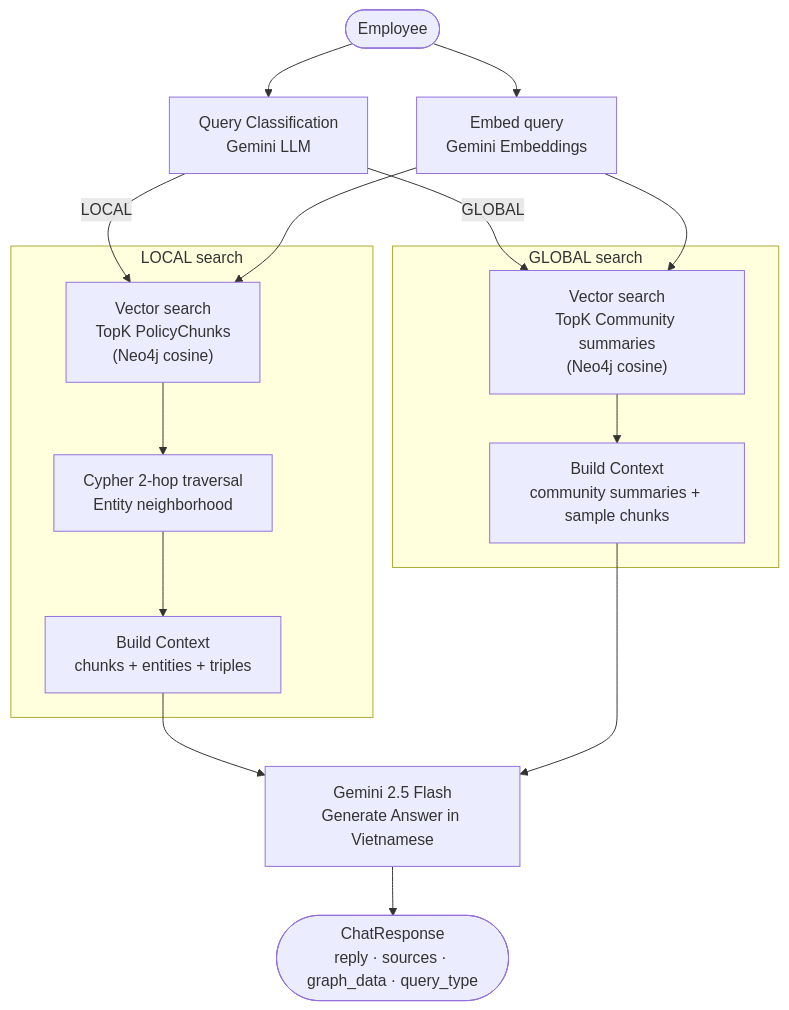
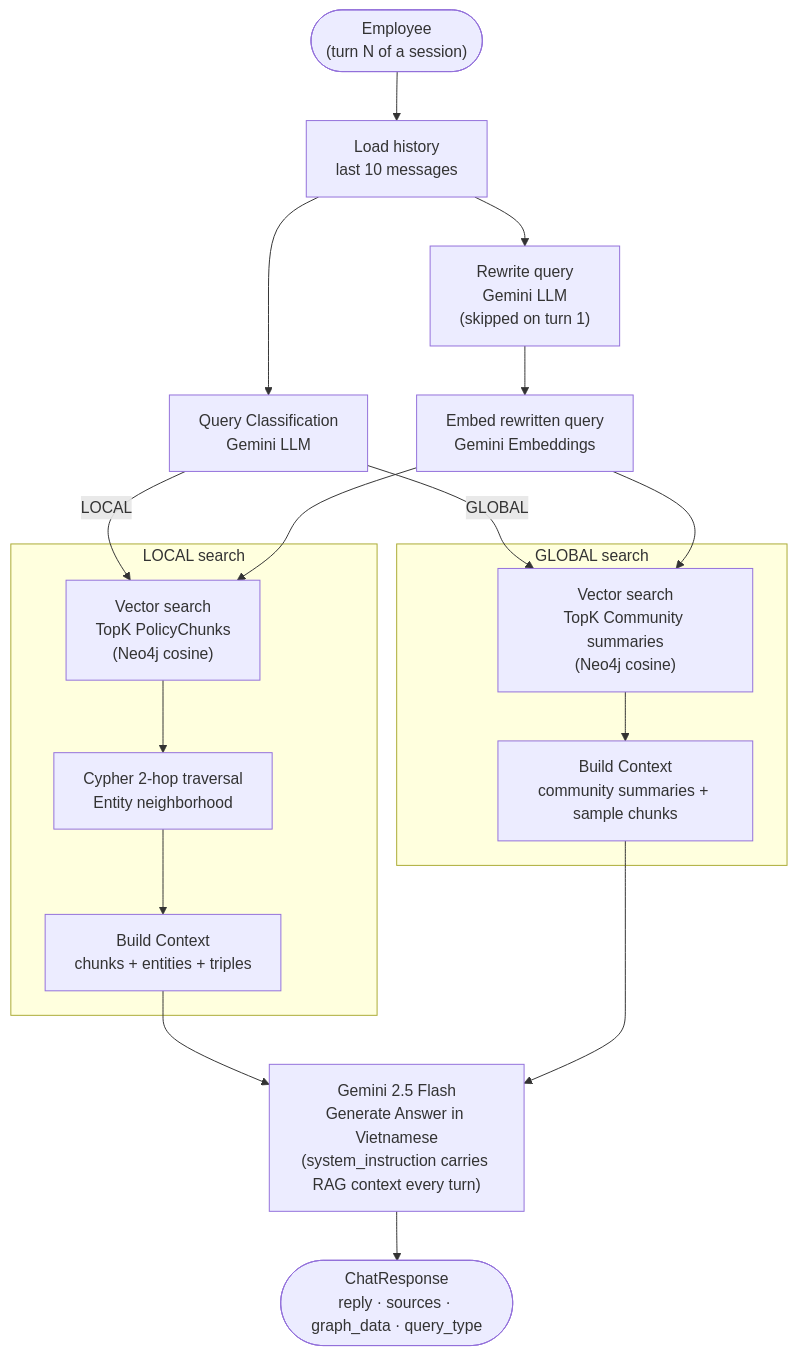
Before and after one commit to nguyenduy-math/agentichouse: the third of 3 diagrams in rag-projects/graphrag-assistant/README.md, drawn with Mermaid. The commit also changed other lines of this file and 22 other files, not shown here.

````diff
--- a/rag-projects/graphrag-assistant/README.md
+++ b/rag-projects/graphrag-assistant/README.md
@@ -98,28 +98,32 @@
 ```mermaid
 flowchart TD
-    Q(["Employee"])
+    Q(["Employee\n(turn N of a session)"])
+    History["Load history\nlast 10 messages"]
     Classify["Query Classification\nGemini LLM"]
-    Embed["Embed query\nGemini Embeddings"]
+    Rewrite["Rewrite query\nGemini LLM\n(skipped on turn 1)"]
+    Embed["Embed rewritten query\nGemini Embeddings"]
 
     subgraph LOCAL["LOCAL search"]
         VecChunk["Vector search\nTopK PolicyChunks\n(Neo4j cosine)"]
         Cypher["Cypher 2-hop traversal\nEntity neighborhood"]
         LocalCtx["Build Context\nchunks + entities + triples"]
     end
 
     subgraph GLOBAL["GLOBAL search"]
         VecComm["Vector search\nTopK Community summaries\n(Neo4j cosine)"]
         GlobalCtx["Build Context\ncommunity summaries + sample chunks"]
     end
 
-    Generate["Gemini 2.5 Flash\nGenerate Answer in Vietnamese"]
+    Generate["Gemini 2.5 Flash\nGenerate Answer in Vietnamese\n(system_instruction carries RAG context every turn)"]
     Response(["ChatResponse\nreply · sources · graph_data · query_type"])
 
-    Q --> Classify & Embed
+    Q --> History --> Classify
+    History --> Rewrite
     Classify -- "LOCAL" --> VecChunk
     Classify -- "GLOBAL" --> VecComm
+    Rewrite --> Embed
     Embed --> VecChunk & VecComm
     VecChunk --> Cypher --> LocalCtx --> Generate
     VecComm --> GlobalCtx --> Generate
     Generate --> Response
 ```
````
